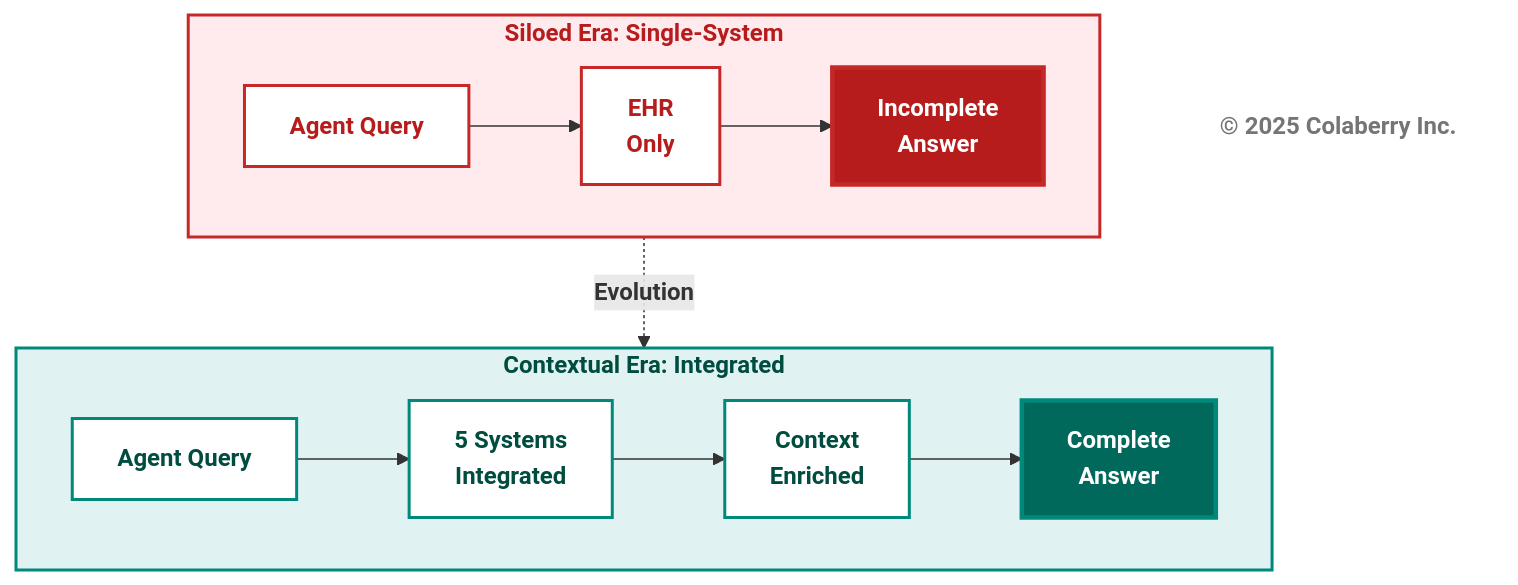
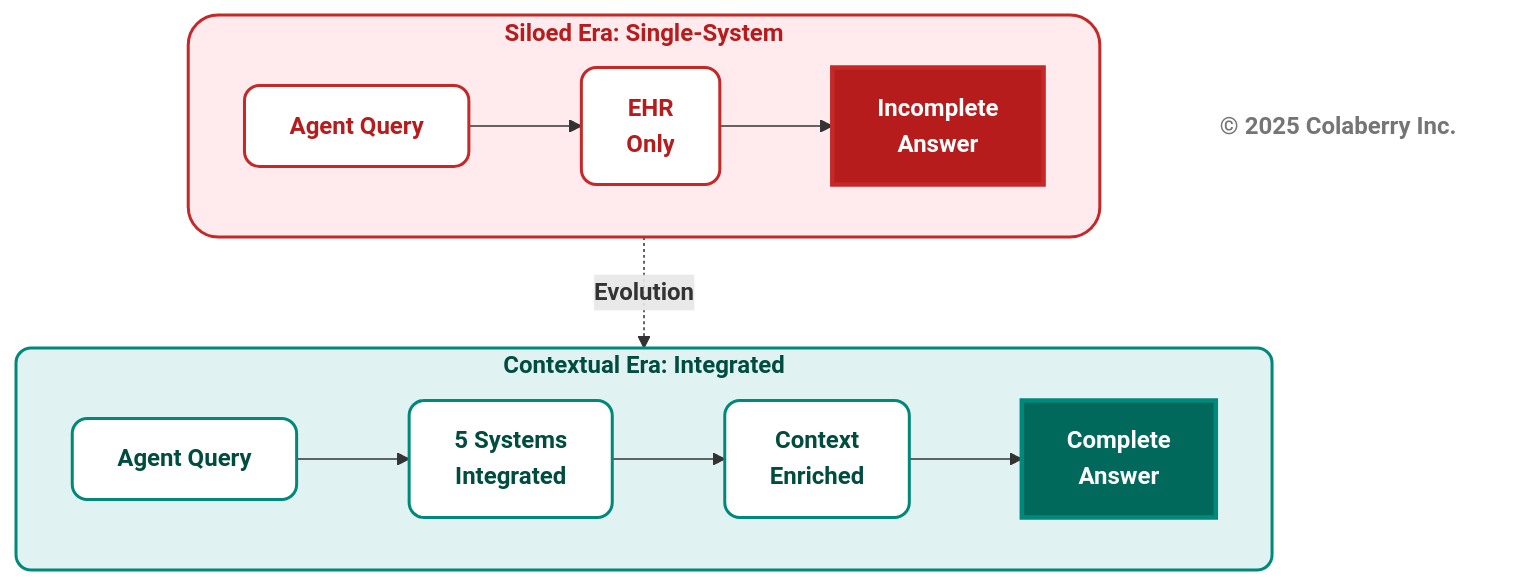
Before and after one commit to saitejesh-cyber/trust-before-intelligence-book: diagram 11 of 12 in manuscript/03_chapter_2_inpact_framework.md, drawn with Mermaid. The commit also changed other lines of this file, not shown here.

````diff
--- a/manuscript/03_chapter_2_inpact_framework.md
+++ b/manuscript/03_chapter_2_inpact_framework.md
@@ -798,33 +798,33 @@
 ```mermaid
 graph TB
     subgraph ERA1["<b>Siloed Era: Single-System</b>"]
         direction LR
         A1["<b>Agent Query</b>"] --> B1["<b>EHR<br/>Only</b>"]
         B1 --> D1["<b>Incomplete<br/>Answer</b>"]
         
         style D1 fill:#b71c1c,color:#ffffff,stroke:#c62828,stroke-width:3px
     end
     
     ERA1 -.->|<b>Evolution</b>| ERA2
     
     subgraph ERA2["<b>Contextual Era: Integrated</b>"]
         direction LR
         A2["<b>Agent Query</b>"] --> B2["<b>5 Systems<br/>Integrated</b>"]
         B2 --> C2["<b>Context<br/>Enriched</b>"]
         C2 --> D2["<b>Complete<br/>Answer</b>"]
         
         style D2 fill:#00695c,color:#ffffff,stroke:#00897b,stroke-width:3px
     end
     
-    style ERA1 fill:#ffebee,stroke:#c62828,stroke-width:2px,color:#b71c1c
-    style A1 fill:#ffffff,stroke:#c62828,stroke-width:2px,color:#b71c1c
-    style B1 fill:#ffffff,stroke:#c62828,stroke-width:2px,color:#b71c1c
+    style ERA1 fill:#ffebee,stroke:#c62828,stroke-width:2px,color:#b71c1c,rx:2O,ry:20
+    style A1 fill:#ffffff,stroke:#c62828,stroke-width:2px,color:#b71c1c,rx:1O,ry:10
+    style B1 fill:#ffffff,stroke:#c62828,stroke-width:2px,color:#b71c1c,rx:1O,ry:10
     
-    style ERA2 fill:#e0f2f1,stroke:#00897b,stroke-width:2px,color:#004d40
-    style A2 fill:#ffffff,stroke:#00897b,stroke-width:2px,color:#004d40
-    style B2 fill:#ffffff,stroke:#00897b,stroke-width:2px,color:#004d40
-    style C2 fill:#ffffff,stroke:#00897b,stroke-width:2px,color:#004d40
+    style ERA2 fill:#e0f2f1,stroke:#00897b,stroke-width:2px,color:#004d40,rx:1O,ry:10
+    style A2 fill:#ffffff,stroke:#00897b,stroke-width:2px,color:#004d40,rx:1O,ry:10
+    style B2 fill:#ffffff,stroke:#00897b,stroke-width:2px,color:#004d40,rx:1O,ry:10
+    style C2 fill:#ffffff,stroke:#00897b,stroke-width:2px,color:#004d40,rx:1O,ry:10
     
     Copyright["<b>© 2025 Colaberry Inc.</b>"]
-    style Copyright fill:#ffffff,stroke:none,color:#757575
+    style Copyright fill:none,stroke:none,color:#757575
 ```
````
